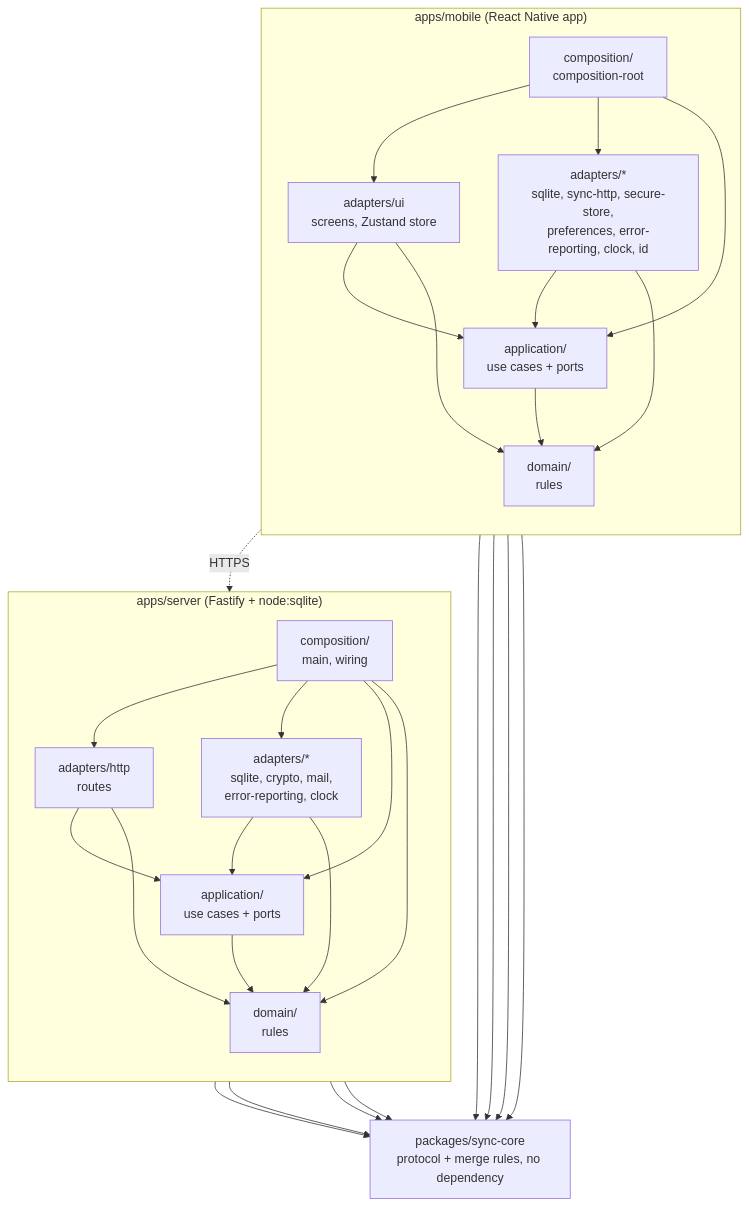
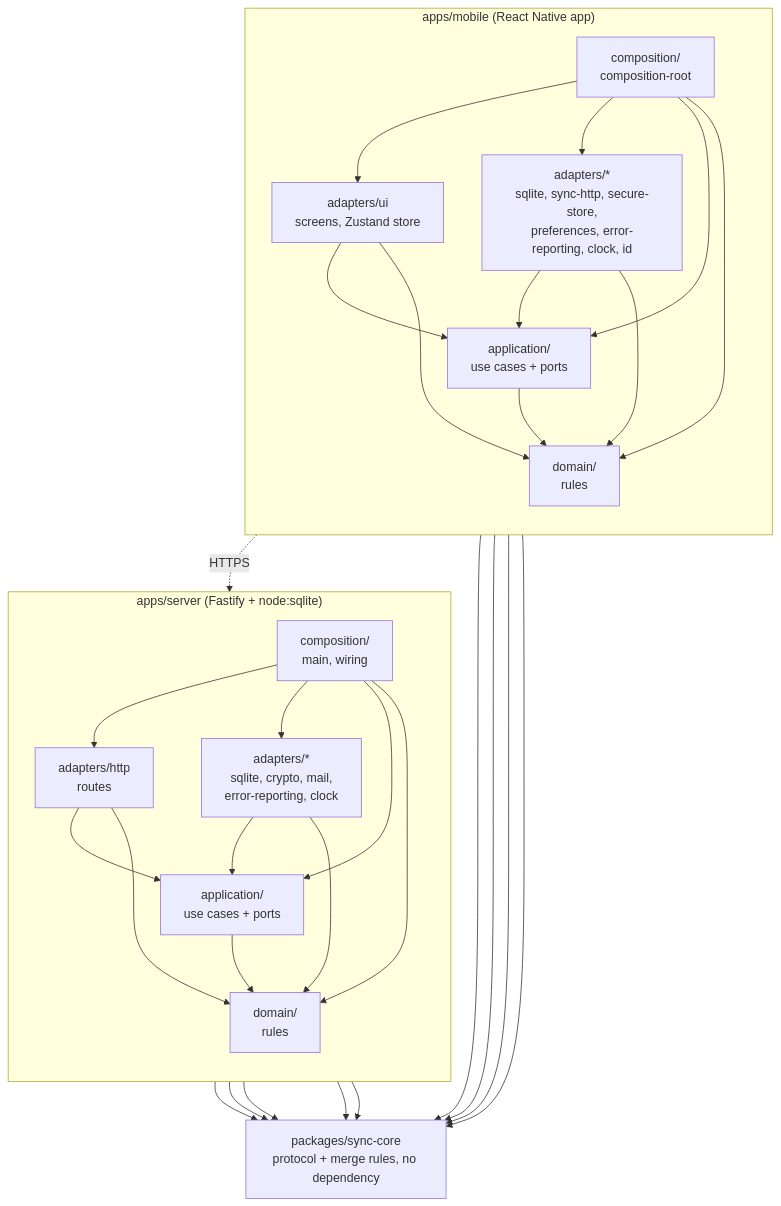
Before and after one commit to glimberger/mes-courses: the diagram in docs/architecture.md, drawn with Mermaid. The commit also changed other lines of this file, not shown here.

Commit message:
docs: fix the remaining edges and claims of the architecture page

````diff
--- a/docs/architecture.md
+++ b/docs/architecture.md
@@ -13,48 +13,50 @@
 ```mermaid
 flowchart TB
   subgraph mobile["apps/mobile (React Native app)"]
     direction TB
     mcomp["composition/<br/>composition-root"]
     mui["adapters/ui<br/>screens, Zustand store"]
     mout["adapters/*<br/>sqlite, sync-http, secure-store,<br/>preferences, error-reporting, clock, id"]
     mapp["application/<br/>use cases + ports"]
     mdom["domain/<br/>rules"]
     mcomp --> mui
     mcomp --> mout
     mcomp --> mapp
+    mcomp --> mdom
     mui --> mapp
     mout --> mapp
     mui --> mdom
     mout --> mdom
     mapp --> mdom
   end
 
   subgraph server["apps/server (Fastify + node:sqlite)"]
     direction TB
     scomp["composition/<br/>main, wiring"]
     sin["adapters/http<br/>routes"]
     sout["adapters/*<br/>sqlite, crypto, mail,<br/>error-reporting, clock"]
     sapp["application/<br/>use cases + ports"]
     sdom["domain/<br/>rules"]
     scomp --> sin
     scomp --> sout
     scomp --> sapp
     scomp --> sdom
     sin --> sapp
     sout --> sapp
     sin --> sdom
     sout --> sdom
     sapp --> sdom
   end
 
   core["packages/sync-core<br/>protocol + merge rules, no dependency"]
   mdom --> core
   mapp --> core
   mui --> core
   mout --> core
   sdom --> core
   sapp --> core
+  scomp --> core
   sin --> core
   sout --> core
   mout -. "HTTPS" .-> sin
 ```
````
